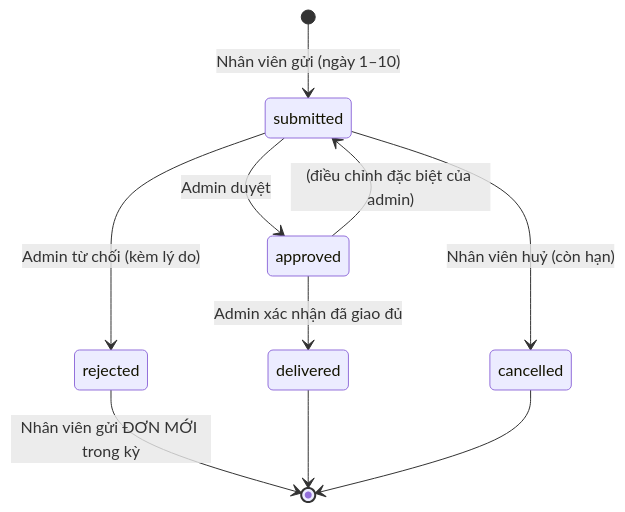
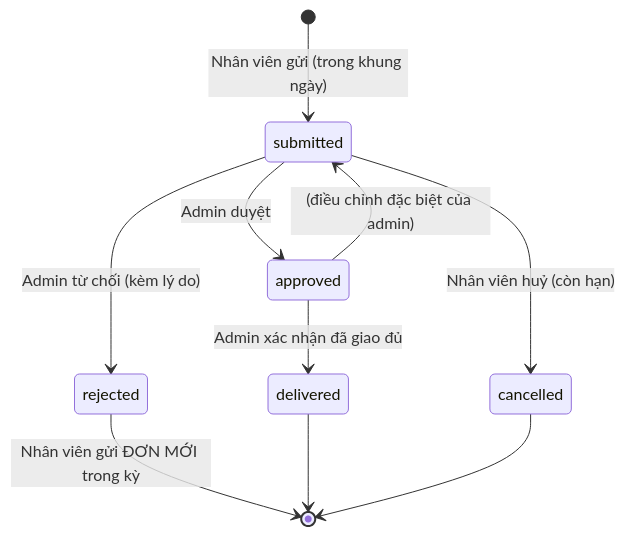
One commit to youtranken/QLVPP_DE changed the first of 2 diagrams in docs/architecture/SDD.md. Above: the diagram before and after it, drawn with Mermaid. The commit also changed other lines of this file and 47 other files, not shown here.

First line of the commit message:
Khung ngày đăng ký: admin tự chỉnh trên web, cửa sổ phục vụ tháng sau

````diff
--- a/docs/architecture/SDD.md
+++ b/docs/architecture/SDD.md
@@ -66,12 +66,12 @@
 ```mermaid
 stateDiagram-v2
-    [*] --> submitted: Nhân viên gửi (ngày 1–10)
+    [*] --> submitted: Nhân viên gửi (trong khung ngày)
     submitted --> approved: Admin duyệt
     submitted --> rejected: Admin từ chối (kèm lý do)
     submitted --> cancelled: Nhân viên huỷ (còn hạn)
     rejected --> [*]: Nhân viên gửi ĐƠN MỚI trong kỳ
     approved --> delivered: Admin xác nhận đã giao đủ
     approved --> submitted: (điều chỉnh đặc biệt của admin)
     delivered --> [*]
     cancelled --> [*]
 ```
````
